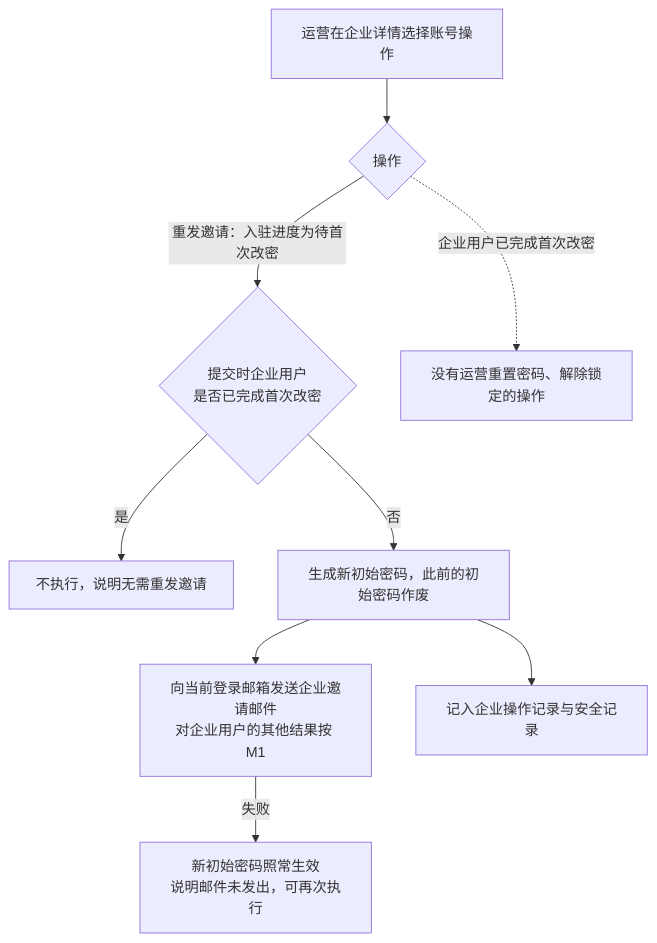
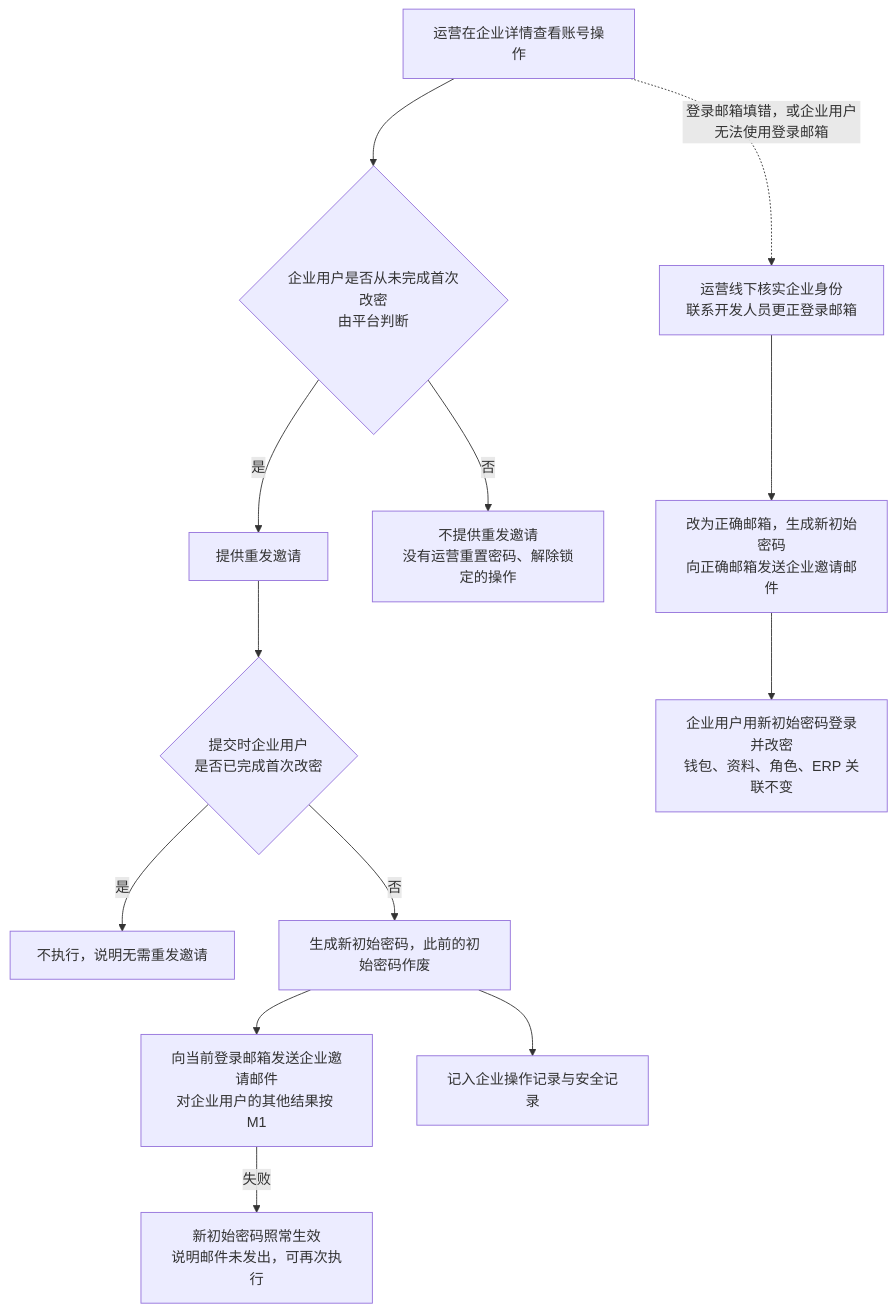
The fourth of 7 diagrams in asset-trust-platform/PRD/运营端/M2-运营登录与企业管理/02-运营登录与企业管理-流程图与状态机.md (wxblockchain/Chain-Financing), drawn with Mermaid before and after one commit. The commit also changed other lines of this file and 4 other files, not shown here.

````diff
--- a/asset-trust-platform/PRD/运营端/M2-运营登录与企业管理/02-运营登录与企业管理-流程图与状态机.md
+++ b/asset-trust-platform/PRD/运营端/M2-运营登录与企业管理/02-运营登录与企业管理-流程图与状态机.md
@@ -117,11 +117,15 @@
 ```mermaid
 flowchart TD
-    A[运营在企业详情选择账号操作] --> B{操作}
-    B -->|重发邀请：入驻进度为待首次改密| E{提交时企业用户<br/>是否已完成首次改密}
+    A[运营在企业详情查看账号操作] --> B{企业用户是否从未完成首次改密<br/>由平台判断}
+    B -->|是| C[提供重发邀请]
+    C --> E{提交时企业用户<br/>是否已完成首次改密}
     E -->|是| E0[不执行，说明无需重发邀请]
     E -->|否| E2[生成新初始密码，此前的初始密码作废]
     E2 --> E3[向当前登录邮箱发送企业邀请邮件<br/>对企业用户的其他结果按 M1]
     E3 -->|失败| H[新初始密码照常生效<br/>说明邮件未发出，可再次执行]
     E2 --> Z[记入企业操作记录与安全记录]
-    B -.->|企业用户已完成首次改密| N[没有运营重置密码、解除锁定的操作]
+    B -->|否| N[不提供重发邀请<br/>没有运营重置密码、解除锁定的操作]
+    A -.->|登录邮箱填错，或企业用户无法使用登录邮箱| P[运营线下核实企业身份<br/>联系开发人员更正登录邮箱]
+    P --> Q[改为正确邮箱，生成新初始密码<br/>向正确邮箱发送企业邀请邮件]
+    Q --> R[企业用户用新初始密码登录并改密<br/>钱包、资料、角色、ERP 关联不变]
 ```
````
